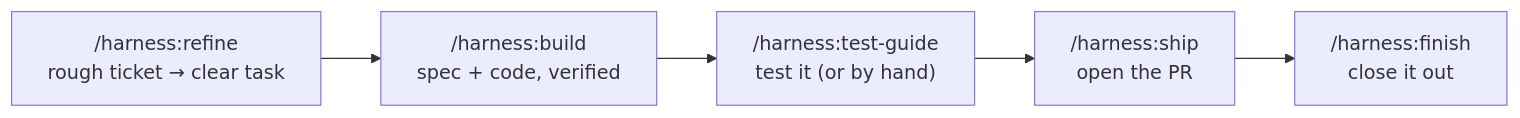
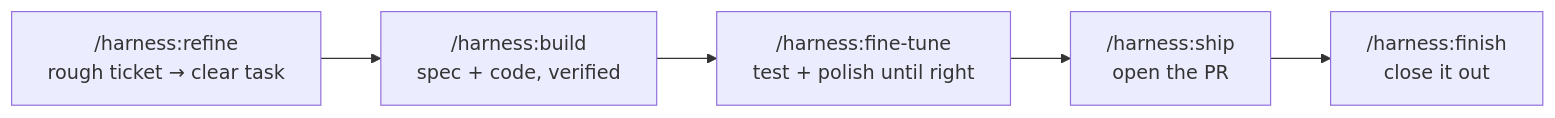
Before and after one commit to acatl/harness: the first of 3 diagrams in docs/getting-started.md, drawn with Mermaid. The commit also changed other lines of this file and 1 other file, not shown here.

First line of the commit message:
docs: migrate getting-started to harness:chart + reconcile post-build flow

````diff
--- a/docs/getting-started.md
+++ b/docs/getting-started.md
@@ -26,9 +26,9 @@
 ```mermaid
 flowchart LR
   R["/harness:refine<br/>rough ticket → clear task"]
   B["/harness:build<br/>spec + code, verified"]
-  T["/harness:test-guide<br/>test it (or by hand)"]
+  FT["/harness:fine-tune<br/>test + polish until right"]
   S["/harness:ship<br/>open the PR"]
   F["/harness:finish<br/>close it out"]
-  R --> B --> T --> S --> F
+  R --> B --> FT --> S --> F
 ```
````
